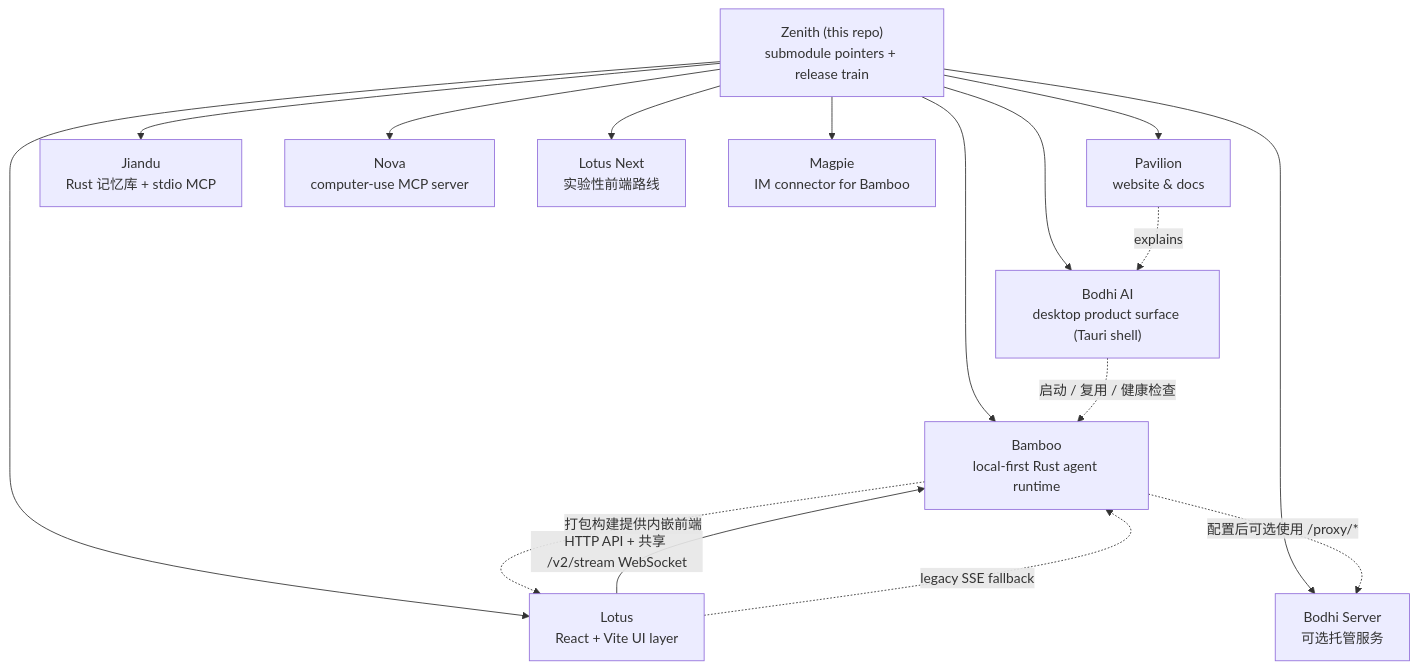
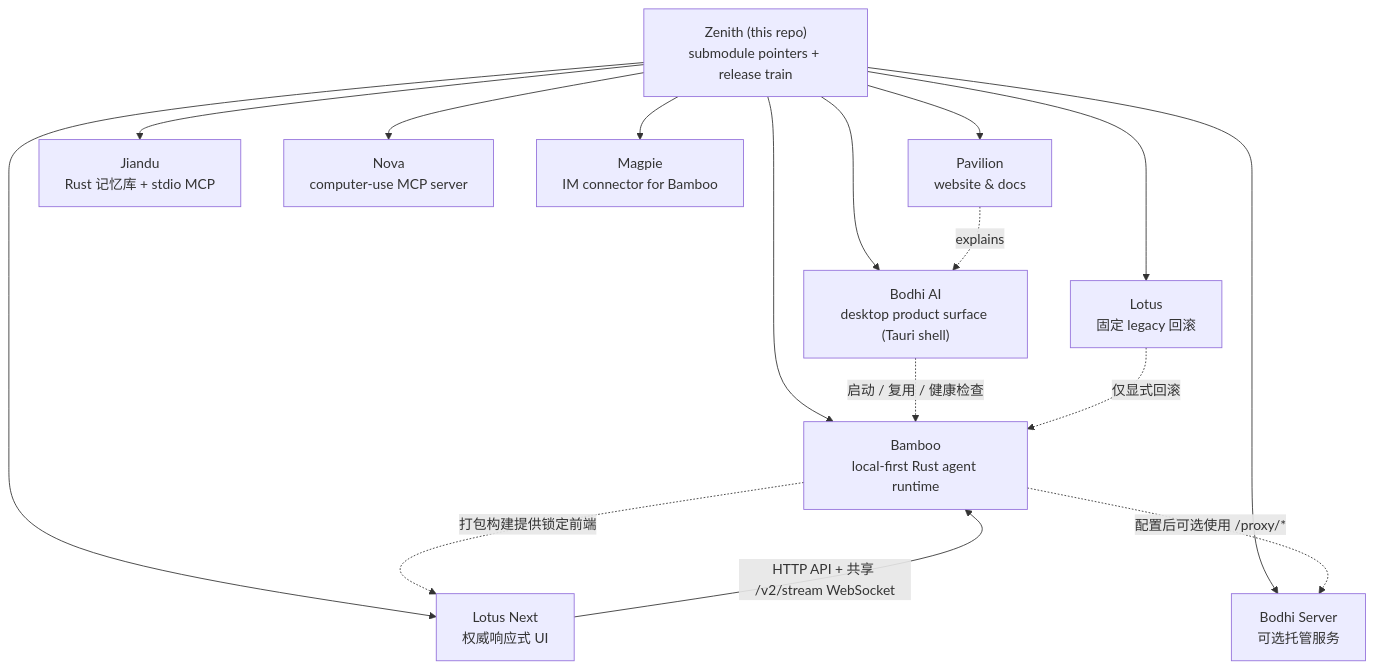
The diagram in README.zh-CN.md (bigduu/Zenith), drawn with Mermaid before and after one commit. The commit also changed other lines of this file and 9 other files, not shown here.

First line of the commit message:
ci: make Lotus Next the release artifact authority (#231) (#234)

````diff
--- a/README.zh-CN.md
+++ b/README.zh-CN.md
@@ -41,21 +41,21 @@
 ```mermaid
 graph TD
   Z["Zenith (this repo)<br/>submodule pointers + release train"]
 
   Z --> B["Bodhi AI<br/>desktop product surface (Tauri shell)"]
-  Z --> L["Lotus<br/>React + Vite UI layer"]
+  Z --> L["Lotus<br/>固定 legacy 回滚"]
   Z --> R["Bamboo<br/>local-first Rust agent runtime"]
   Z --> S["Bodhi Server<br/>可选托管服务"]
   Z --> P["Pavilion<br/>website & docs"]
   Z --> J["Jiandu<br/>Rust 记忆库 + stdio MCP"]
   Z --> N["Nova<br/>computer-use MCP server"]
-  Z --> LN["Lotus Next<br/>实验性前端路线"]
+  Z --> LN["Lotus Next<br/>权威响应式 UI"]
   Z --> M["Magpie<br/>IM connector for Bamboo"]
 
   B -. 启动 / 复用 / 健康检查 .-> R
-  R -. 打包构建提供内嵌前端 .-> L
-  L -->|HTTP API + 共享 /v2/stream WebSocket| R
-  L -. legacy SSE fallback .-> R
+  R -. 打包构建提供锁定前端 .-> LN
+  LN -->|HTTP API + 共享 /v2/stream WebSocket| R
+  L -. 仅显式回滚 .-> R
   R -. 配置后可选使用 /proxy/* .-> S
   P -. explains .-> B
 ```
````
